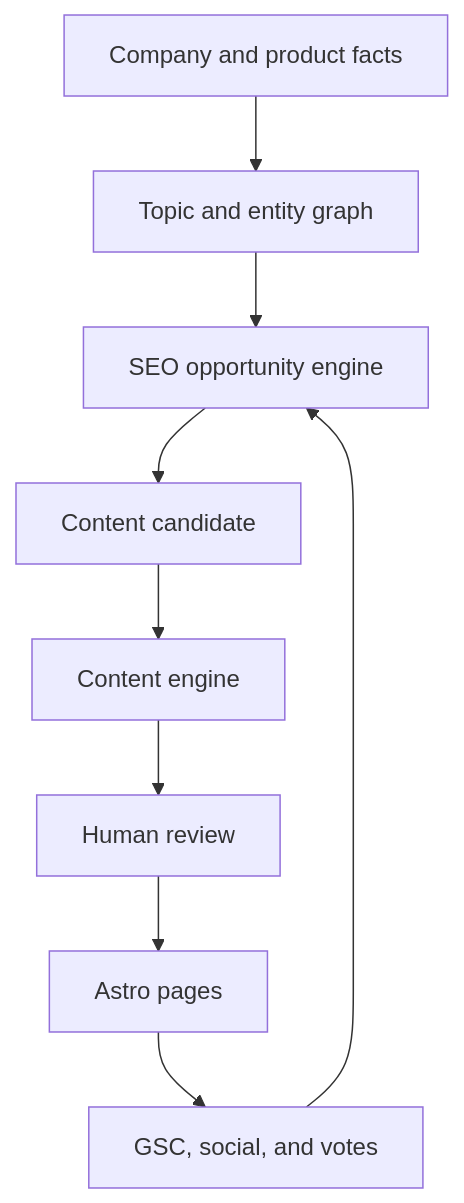
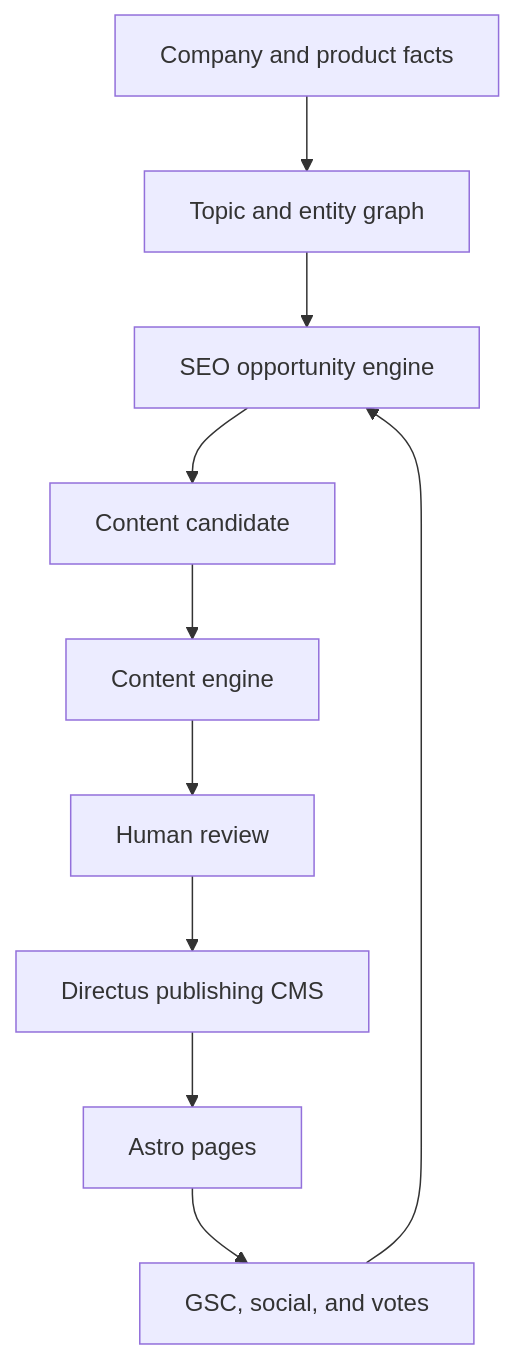
Before and after one commit to nextstreet/ai-seo-saas: the diagram in docs/ARCHITECTURE.md, drawn with Mermaid. The commit also changed other lines of this file and 22 other files, not shown here.

Commit message:
feat: integrate Directus publishing CMS

````diff
--- a/docs/ARCHITECTURE.md
+++ b/docs/ARCHITECTURE.md
@@ -5,11 +5,12 @@
 ```mermaid
 flowchart TD
   Facts[Company and product facts] --> Graph[Topic and entity graph]
   Graph --> SEO[SEO opportunity engine]
   SEO --> Candidate[Content candidate]
   Candidate --> Content[Content engine]
   Content --> Review[Human review]
-  Review --> Web[Astro pages]
+  Review --> CMS[Directus publishing CMS]
+  CMS --> Web[Astro pages]
   Web --> Signals[GSC, social, and votes]
   Signals --> SEO
 ```
````
